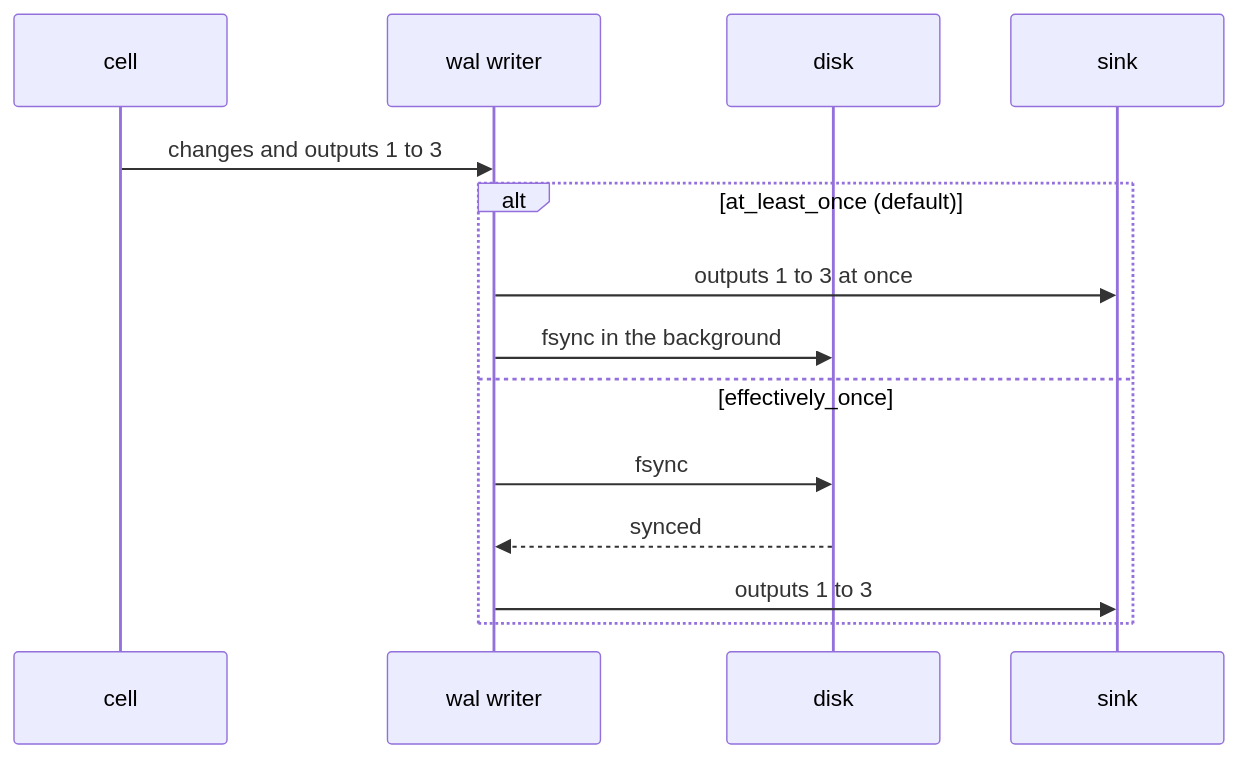
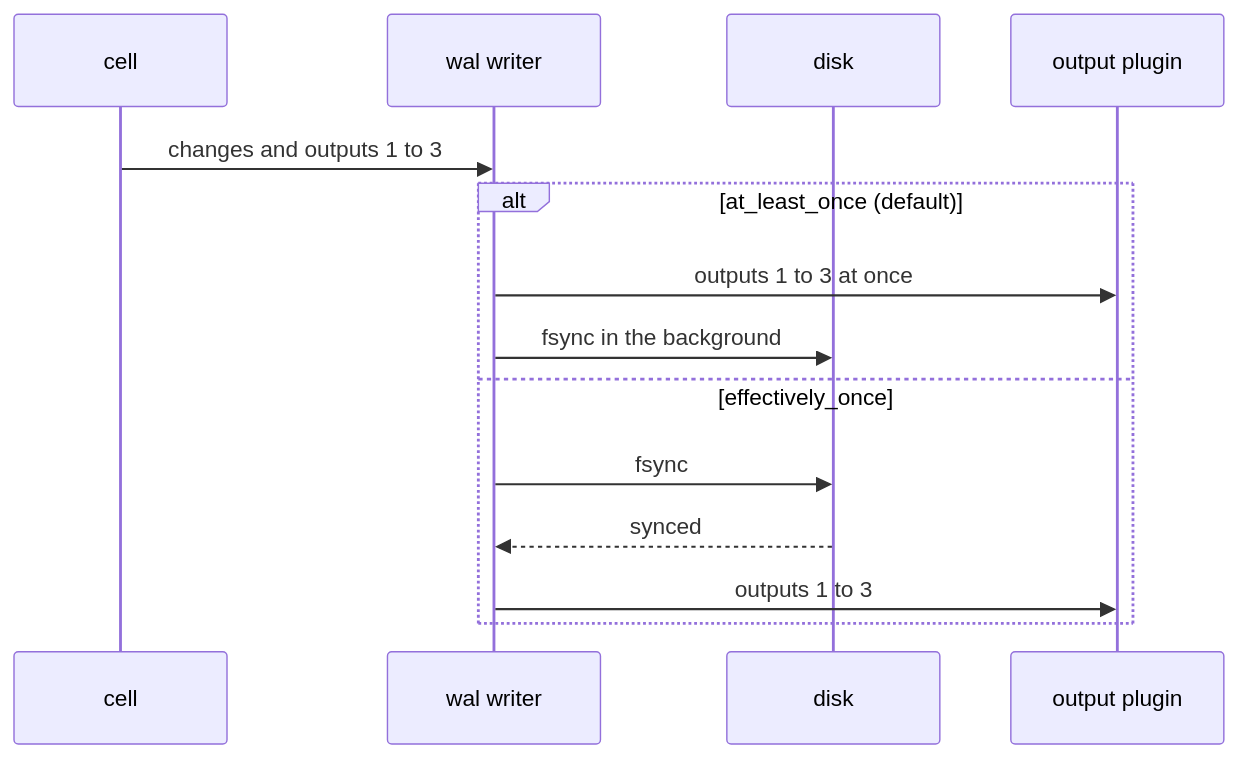
The second of 10 diagrams in docs/architecture/kernel.md (Flezha/flezha), drawn with Mermaid before and after one commit. The commit also changed other lines of this file and 236 other files, not shown here.

First line of the commit message:
Call a relay's exit an output instead of a sink

````diff
--- a/docs/architecture/kernel.md
+++ b/docs/architecture/kernel.md
@@ -157,17 +157,17 @@
 ```mermaid
 sequenceDiagram
     participant C as cell
     participant W as wal writer
     participant D as disk
-    participant K as sink
+    participant K as output plugin
 
     C->>W: changes and outputs 1 to 3
     alt at_least_once (default)
         W->>K: outputs 1 to 3 at once
         W->>D: fsync in the background
     else effectively_once
         W->>D: fsync
         D-->>W: synced
         W->>K: outputs 1 to 3
     end
 ```
````
